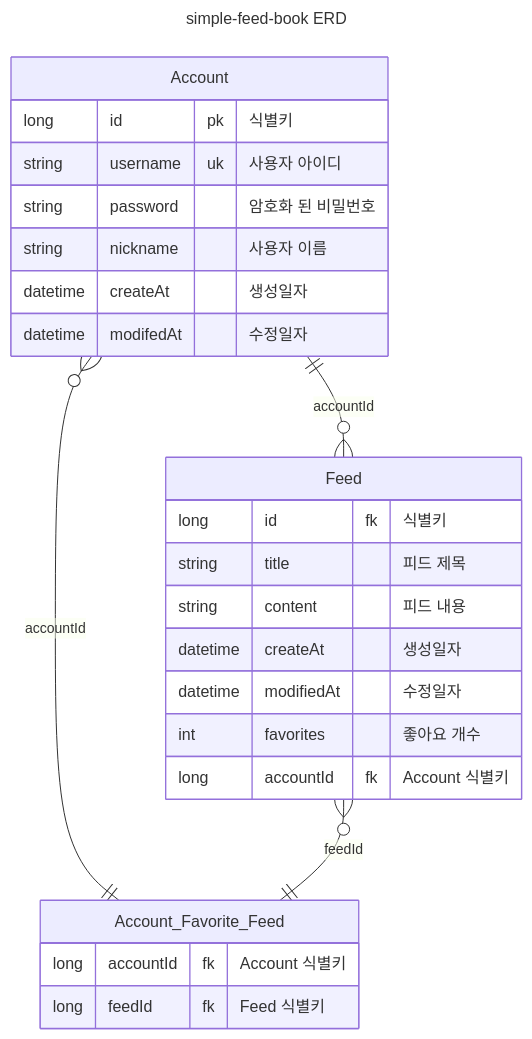
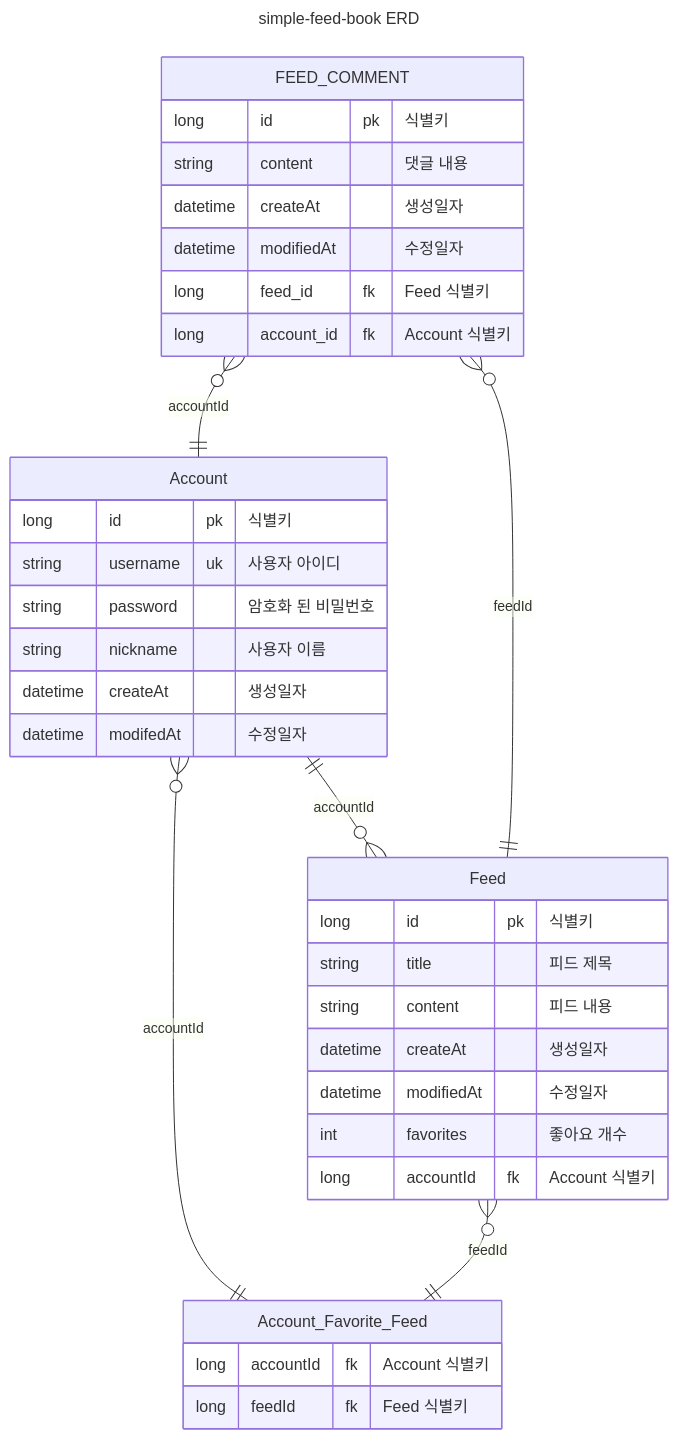
The tenth of 10 diagrams in README.md (GuardJo/simple-feed-book), drawn with Mermaid before and after one commit.

Commit message:
#37 피드 댓글 관련 ERD 설계
- 피드 댓글 관련 FeedComment 테이블 구성 및 연관관계 설계
- 관련 ERD 업데이트

````diff
--- a/README.md
+++ b/README.md
@@ -213,31 +213,43 @@
 ```mermaid
 ---
 title : simple-feed-book ERD
 ---
 erDiagram
-  Account {
-long id pk "식별키"
-string username uk "사용자 아이디"
-string password "암호화 된 비밀번호"
-string nickname "사용자 이름"
-datetime createAt "생성일자"
-datetime modifedAt "수정일자"
+Account {
+    long id pk "식별키"
+    string username uk "사용자 아이디"
+    string password "암호화 된 비밀번호"
+    string nickname "사용자 이름"
+    datetime createAt "생성일자"
+    datetime modifedAt "수정일자"
 }
 Feed {
-long id fk "식별키"
-string title "피드 제목"
-string content "피드 내용"
-datetime createAt "생성일자"
-datetime modifiedAt "수정일자"
-int favorites "좋아요 개수"
-long accountId fk "Account 식별키"
+    long id pk "식별키"
+    string title "피드 제목"
+    string content "피드 내용"
+    datetime createAt "생성일자"
+    datetime modifiedAt "수정일자"
+    int favorites "좋아요 개수"
+    long accountId fk "Account 식별키"
 }
 Account_Favorite_Feed {
-long accountId fk "Account 식별키"
-long feedId fk "Feed 식별키"
+    long accountId fk "Account 식별키"
+    long feedId fk "Feed 식별키"
+}
+
+FEED_COMMENT {
+    long id pk "식별키"
+    string content "댓글 내용"
+    datetime createAt "생성일자"
+    datetime modifiedAt "수정일자"
+    long feed_id fk "Feed 식별키"
+    long account_id fk "Account 식별키"
 }
 
 Account ||--o{ Feed : accountId
 Account o{--|| Account_Favorite_Feed : accountId
 Feed o{--|| Account_Favorite_Feed : feedId
+
+FEED_COMMENT o{--|| Feed: feedId
+FEED_COMMENT o{--|| Account: accountId
 ```
````
